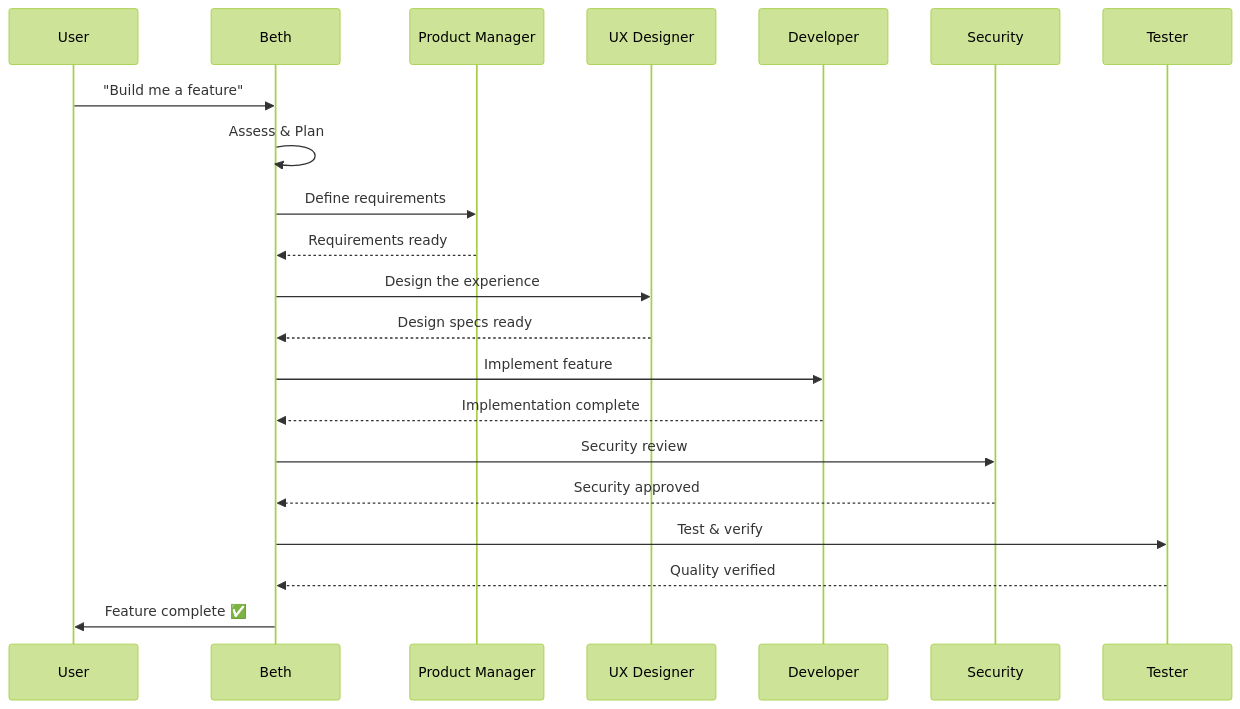
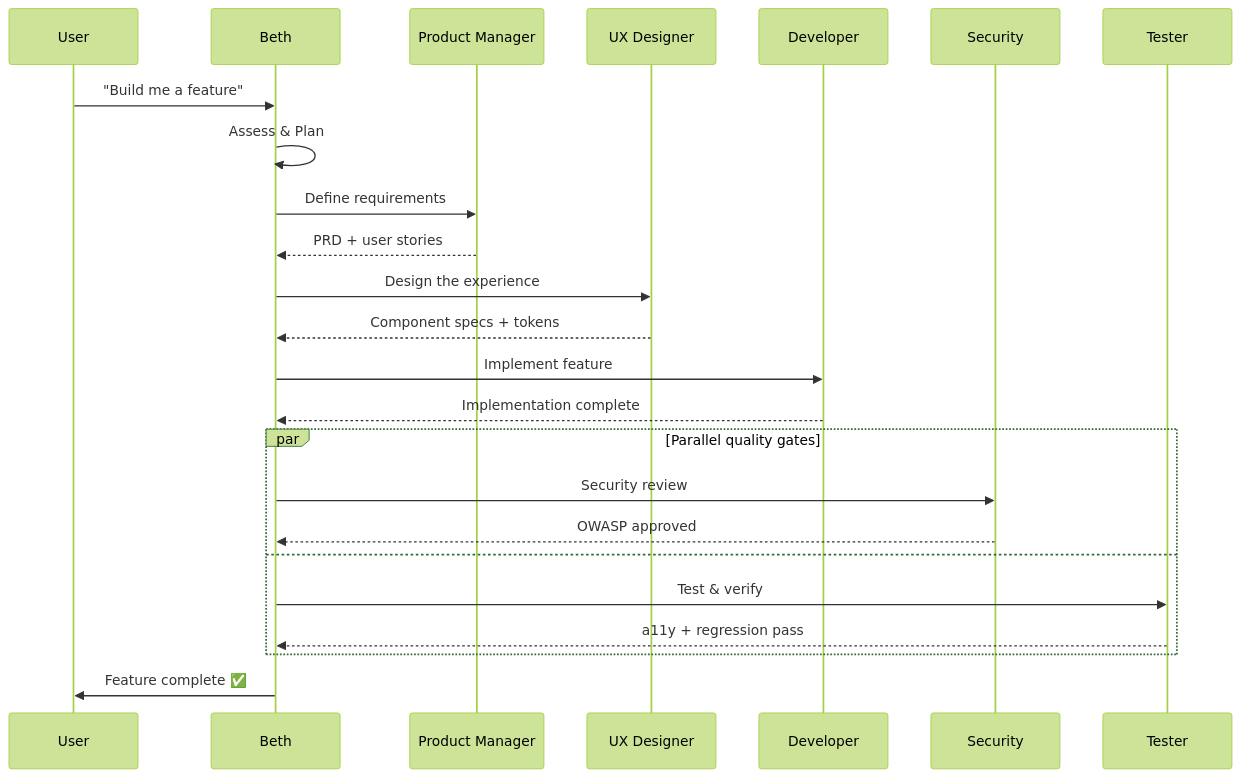
Before and after one commit to shyamsridhar123/ATV-AgentSkillsDemo: the third of 6 diagrams in README.md, drawn with Mermaid (forest theme). The commit also changed other lines of this file and 1 other file, not shown here.

First line of the commit message:
Comprehensive README rewrite: architecture diagrams, tech stack, CLI/MCP/A2A/provider docs

````diff
--- a/README.md
+++ b/README.md
@@ -124,24 +244,32 @@
 ```mermaid
 sequenceDiagram
     participant U as User
     participant B as Beth
     participant PM as Product Manager
     participant UX as UX Designer
     participant D as Developer
     participant S as Security
     participant T as Tester
 
     U->>B: "Build me a feature"
     B->>B: Assess & Plan
+
     B->>PM: Define requirements
-    PM-->>B: Requirements ready
+    PM-->>B: PRD + user stories
+
     B->>UX: Design the experience
-    UX-->>B: Design specs ready
+    UX-->>B: Component specs + tokens
+
     B->>D: Implement feature
     D-->>B: Implementation complete
-    B->>S: Security review
-    S-->>B: Security approved
-    B->>T: Test & verify
-    T-->>B: Quality verified
+
+    par Parallel quality gates
+        B->>S: Security review
+        S-->>B: OWASP approved
+    and
+        B->>T: Test & verify
+        T-->>B: a11y + regression pass
+    end
+
     B->>U: Feature complete ✅
 ```
````
